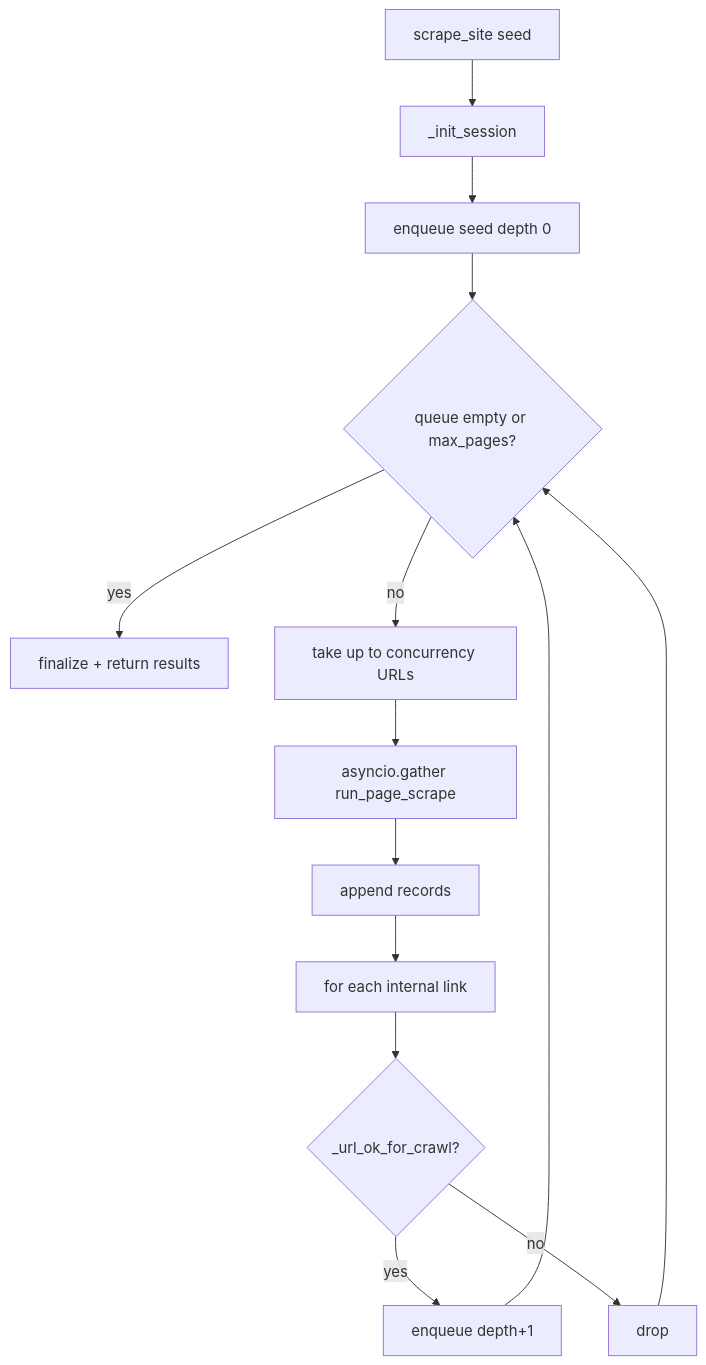
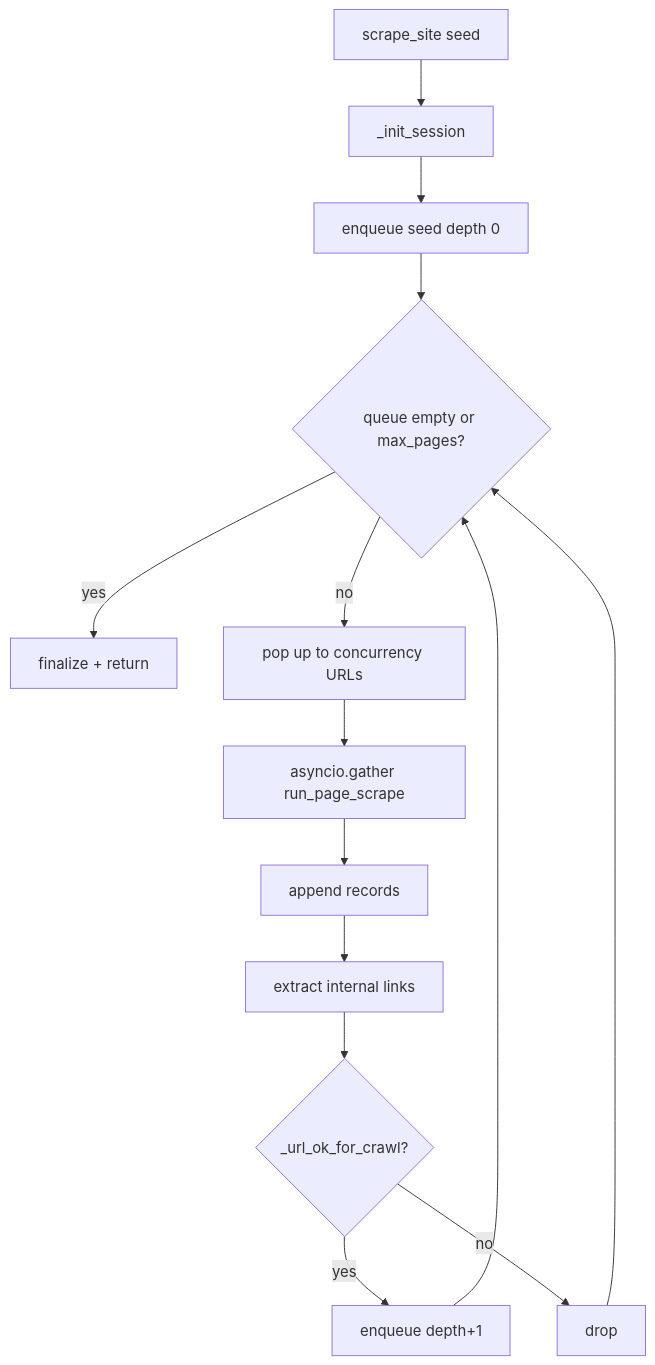
Before and after one commit to Shellghostt/WebVac: the second of 3 diagrams in docs/architecture/CRAWL.md, drawn with Mermaid. The commit also changed other lines of this file and 8 other files, not shown here.

First line of the commit message:
Document subsystem architecture deep dives

````diff
--- a/docs/architecture/CRAWL.md
+++ b/docs/architecture/CRAWL.md
@@ -38,16 +49,16 @@
 ```mermaid
 flowchart TD
   Start[scrape_site seed] --> Init[_init_session]
   Init --> Enq[enqueue seed depth 0]
   Enq --> Loop{queue empty or max_pages?}
-  Loop -->|yes| Done[finalize + return results]
-  Loop -->|no| Batch[take up to concurrency URLs]
+  Loop -->|yes| Done[finalize + return]
+  Loop -->|no| Batch[pop up to concurrency URLs]
   Batch --> Gather[asyncio.gather run_page_scrape]
   Gather --> Merge[append records]
-  Merge --> Links[for each internal link]
+  Merge --> Links[extract internal links]
   Links --> OK{_url_ok_for_crawl?}
   OK -->|yes| Enq2[enqueue depth+1]
   OK -->|no| Drop[drop]
   Enq2 --> Loop
   Drop --> Loop
 ```
````
